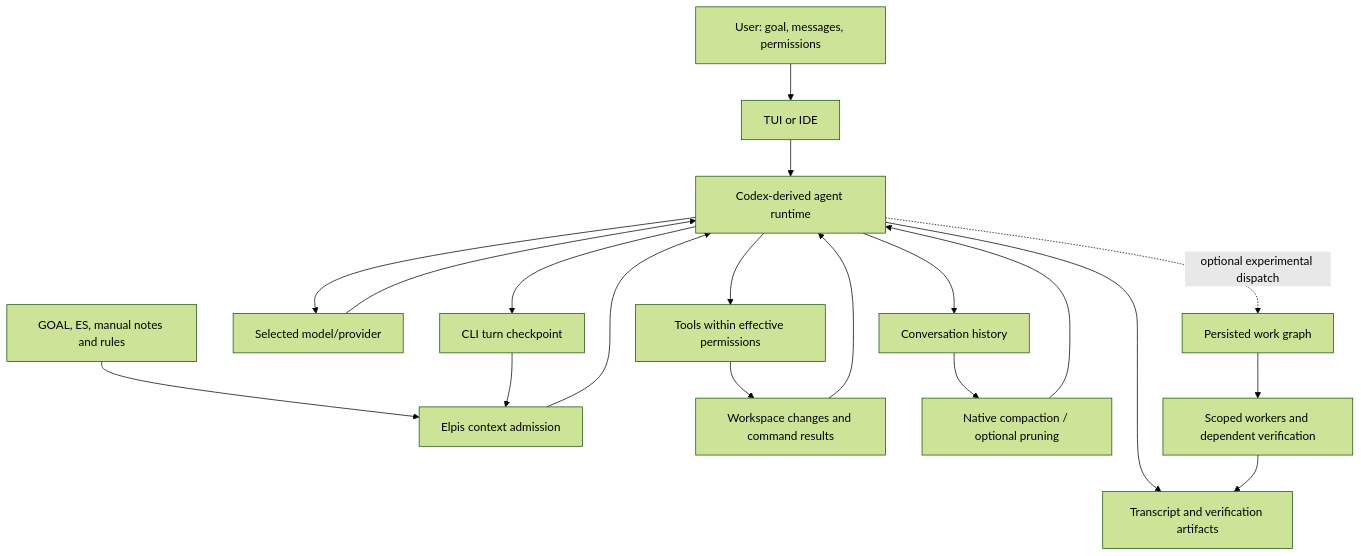
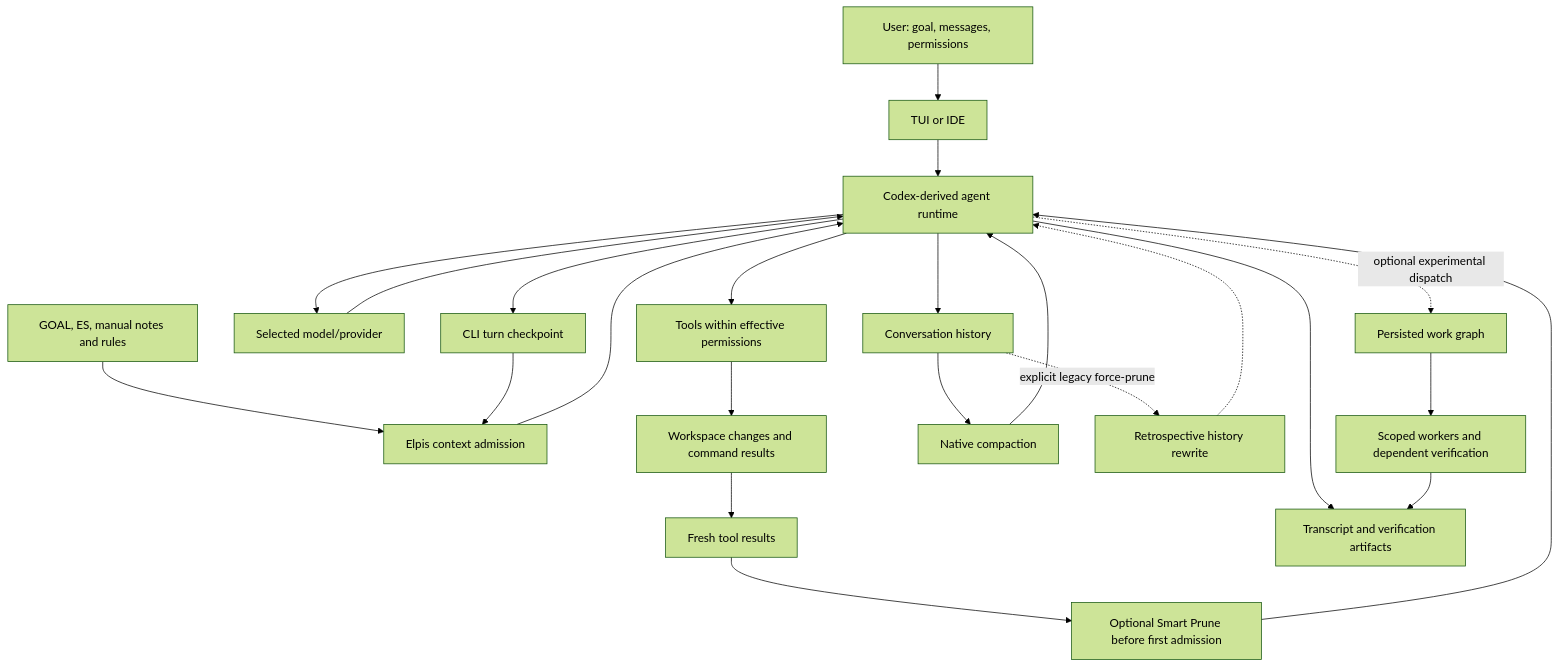
One commit to MasihMoafi/Elpis changed the first of 2 diagrams in docs/context.md. Above: the diagram before and after it, drawn with Mermaid (forest theme). The commit also changed other lines of this file and 16 other files, not shown here.

````diff
--- a/docs/context.md
+++ b/docs/context.md
@@ -16,21 +16,25 @@
 ```mermaid
 flowchart TD
     User[User: goal, messages, permissions] --> UI[TUI or IDE]
     UI --> Runtime[Codex-derived agent runtime]
     Sources[GOAL, ES, manual notes and rules] --> Ledger[Elpis context admission]
     Ledger --> Runtime
     Runtime --> Provider[Selected model/provider]
     Provider --> Runtime
     Runtime --> Tools[Tools within effective permissions]
     Tools --> Workspace[Workspace changes and command results]
-    Workspace --> Runtime
+    Workspace --> Pending[Fresh tool results]
+    Pending --> Smart[Optional Smart Prune before first admission]
+    Smart --> Runtime
     Runtime --> Evidence[Transcript and verification artifacts]
     Runtime --> Checkpoint[CLI turn checkpoint]
     Checkpoint --> Ledger
     Runtime --> History[Conversation history]
-    History --> Reduction[Native compaction / optional pruning]
-    Reduction --> Runtime
+    History --> Compact[Native compaction]
+    Compact --> Runtime
+    History -. explicit legacy force-prune .-> Rewrite[Retrospective history rewrite]
+    Rewrite -.-> Runtime
     Runtime -. optional experimental dispatch .-> Graph[Persisted work graph]
     Graph --> Workers[Scoped workers and dependent verification]
     Workers --> Evidence
 ```
````
